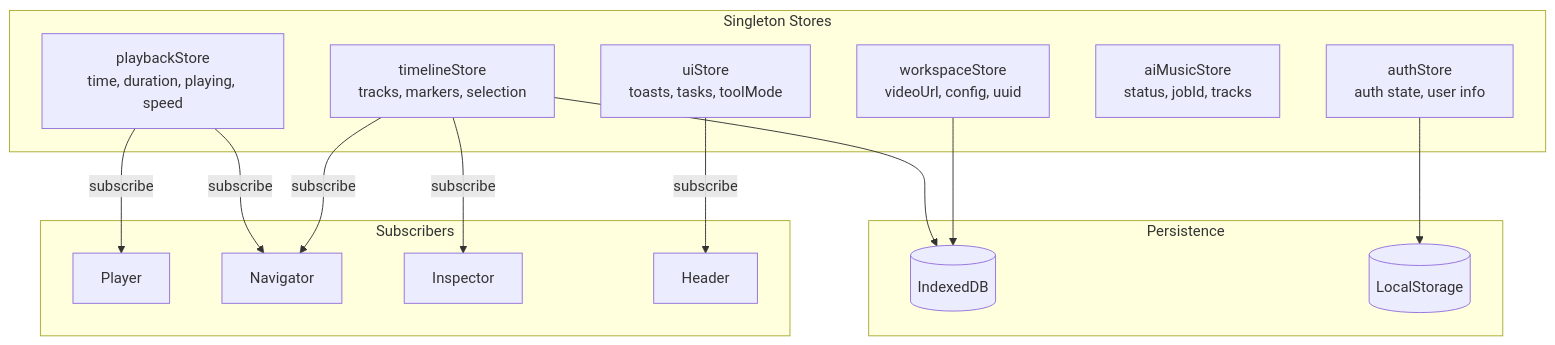
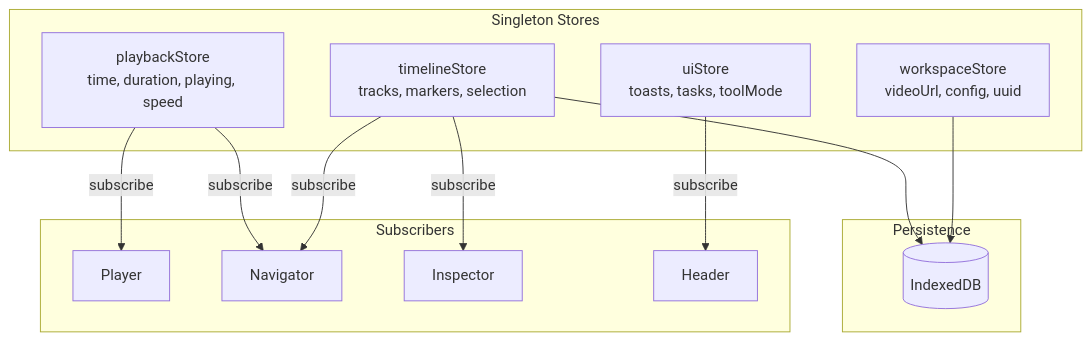
One commit to bartoval/audio_video_editor changed the fourth of 10 diagrams in studio/ARCHITECTURE.md. Above: the diagram before and after it, drawn with Mermaid. The commit also changed other lines of this file and 60 other files, not shown here.

````diff
--- a/studio/ARCHITECTURE.md
+++ b/studio/ARCHITECTURE.md
@@ -185,33 +177,29 @@
 ```mermaid
 graph TB
     subgraph Stores["Singleton Stores"]
         playbackStore["playbackStore<br/>time, duration, playing, speed"]
         timelineStore["timelineStore<br/>tracks, markers, selection"]
         workspaceStore["workspaceStore<br/>videoUrl, config, uuid"]
         uiStore["uiStore<br/>toasts, tasks, toolMode"]
-        aiMusicStore["aiMusicStore<br/>status, jobId, tracks"]
-        authStore["authStore<br/>auth state, user info"]
     end
 
     subgraph Persistence["Persistence"]
         IndexedDB[(IndexedDB)]
-        LocalStorage[(LocalStorage)]
     end
 
     subgraph Components["Subscribers"]
         Player[Player]
         Navigator[Navigator]
         Inspector[Inspector]
         Header[Header]
     end
 
     timelineStore --> IndexedDB
     workspaceStore --> IndexedDB
-    authStore --> LocalStorage
 
     playbackStore -->|subscribe| Player
     playbackStore -->|subscribe| Navigator
     timelineStore -->|subscribe| Navigator
     timelineStore -->|subscribe| Inspector
     uiStore -->|subscribe| Header
 ```
````
